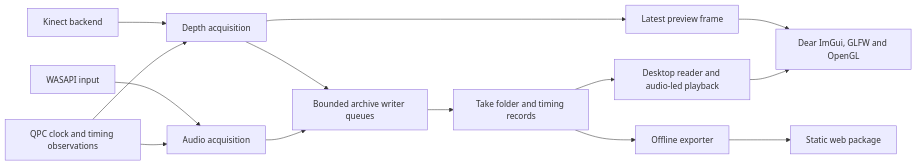
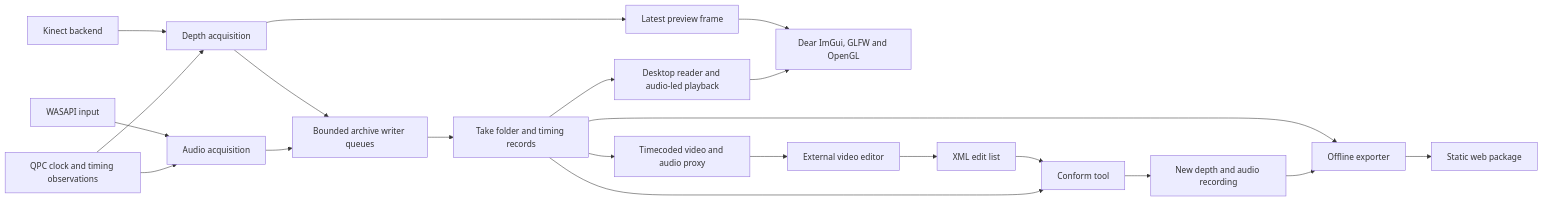
One commit to astrofra/tool-kinect-audio-recorder changed the diagram in documentation/specification.md. Above: the diagram before and after it, drawn with Mermaid. The commit also changed other lines of this file and 4 other files, not shown here.

````diff
--- a/documentation/specification.md
+++ b/documentation/specification.md
@@ -76,16 +78,23 @@
 ```mermaid
 flowchart LR
     K[Kinect backend] --> D[Depth acquisition]
     A[WASAPI input] --> S[Audio acquisition]
     Q[QPC clock and timing observations] --> D
     Q --> S
     D --> W[Bounded archive writer queues]
     S --> W
     W --> F[Take folder and timing records]
     D --> P[Latest preview frame]
     P --> G[Dear ImGui, GLFW and OpenGL]
     F --> R[Desktop reader and audio-led playback]
     R --> G
     F --> E[Offline exporter]
     E --> B[Static web package]
+    F --> V[Timecoded video and audio proxy]
+    V --> N[External video editor]
+    N --> X[XML edit list]
+    X --> C[Conform tool]
+    F --> C
+    C --> M[New depth and audio recording]
+    M --> E
 ```
````
